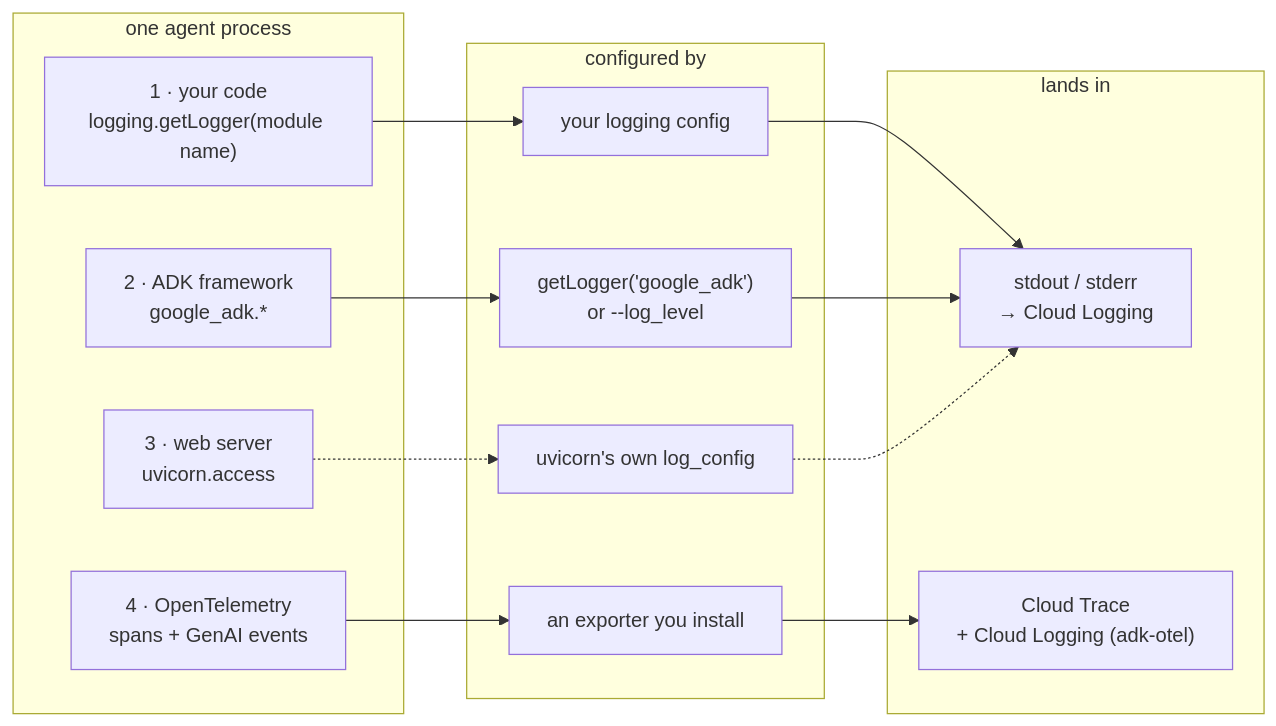
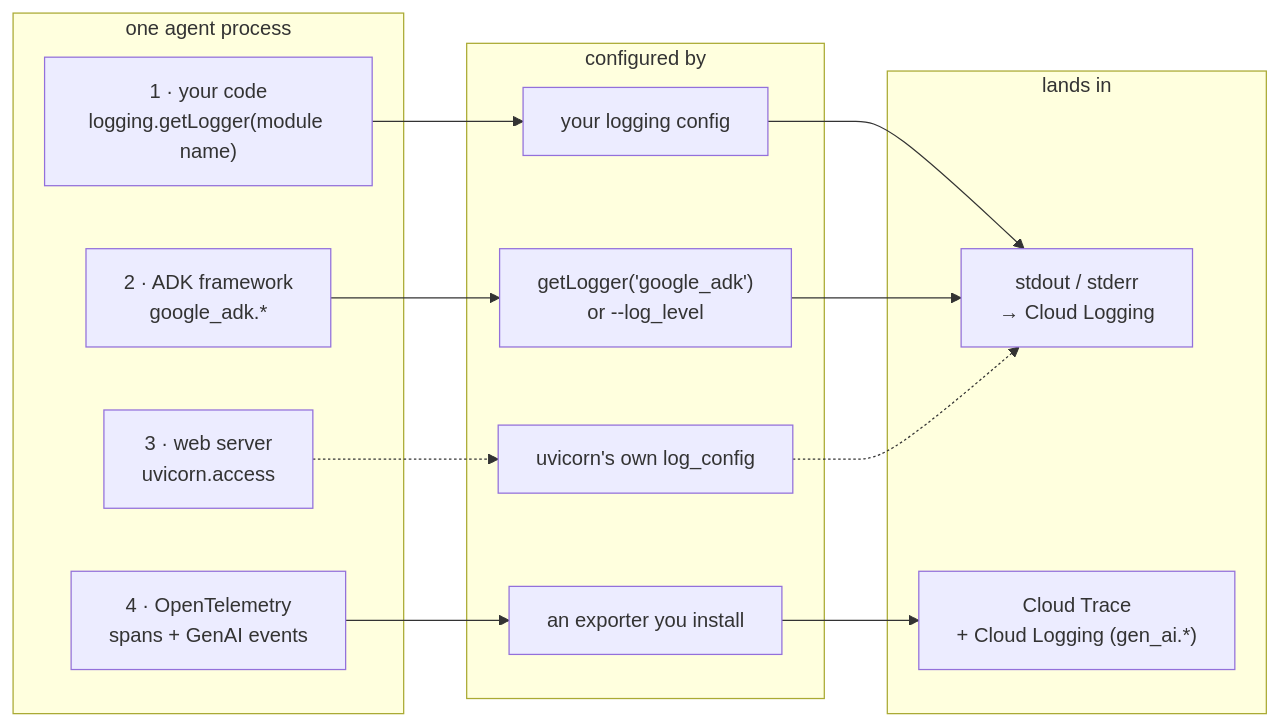
Before and after one commit to roitraining/gcp-demos: the first of 2 diagrams in ai/adk/logging/TUTORIAL.md, drawn with Mermaid. The commit also changed 3 other files, not shown here.

First line of the commit message:
Fix OTel cloud export: project-scoped resource and gen_ai.* log names

````diff
--- a/ai/adk/logging/TUTORIAL.md
+++ b/ai/adk/logging/TUTORIAL.md
@@ -25,23 +25,23 @@
 ```mermaid
 flowchart LR
   subgraph proc["one agent process"]
     s1["1 · your code<br/>logging.getLogger(module name)"]
     s2["2 · ADK framework<br/>google_adk.*"]
     s3["3 · web server<br/>uvicorn.access"]
     s4["4 · OpenTelemetry<br/>spans + GenAI events"]
   end
   subgraph cfg["configured by"]
     c1["your logging config"]
     c2["getLogger('google_adk')<br/>or --log_level"]
     c3["uvicorn's own log_config"]
     c4["an exporter you install"]
   end
   subgraph dst["lands in"]
     d1["stdout / stderr<br/>→ Cloud Logging"]
-    d2["Cloud Trace<br/>+ Cloud Logging (adk-otel)"]
+    d2["Cloud Trace<br/>+ Cloud Logging (gen_ai.*)"]
   end
   s1 --> c1 --> d1
   s2 --> c2 --> d1
   s3 -.-> c3 -.-> d1
   s4 --> c4 --> d2
 ```
````
